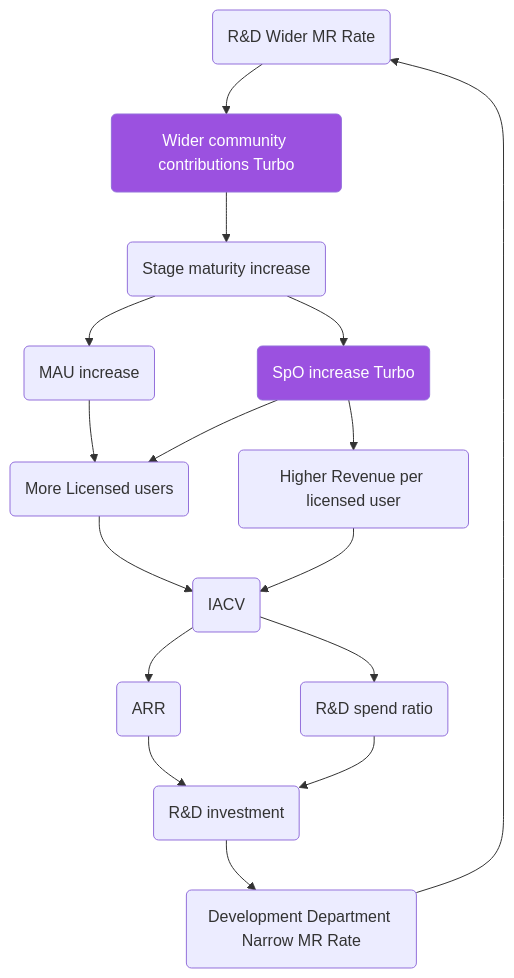
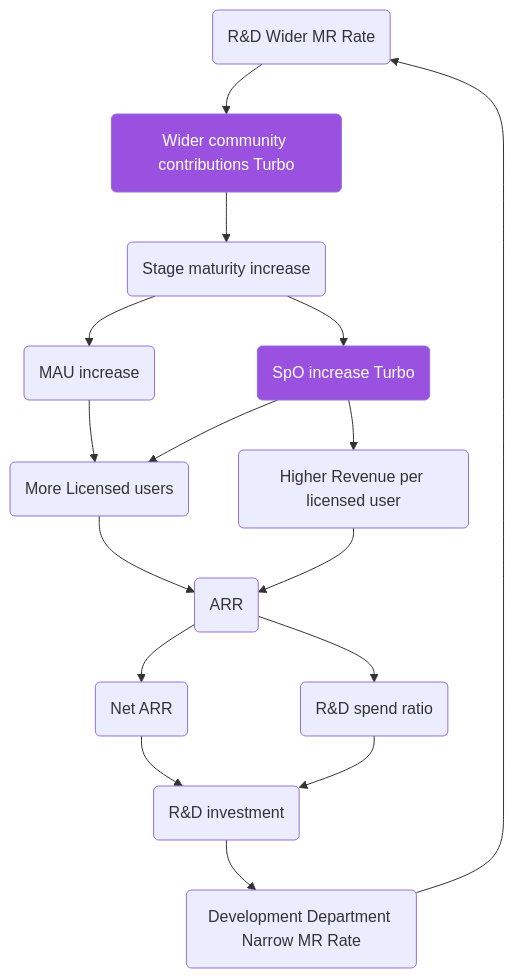
One commit to secretstartups/handbook changed the second of 2 diagrams in strategy/index.html.md. Above: the diagram before and after it, drawn with Mermaid. The commit also changed other lines of this file, not shown here.

Commit message:
Remove IACV from mermaid graph

````diff
--- a/strategy/index.html.md
+++ b/strategy/index.html.md
@@ -142,20 +142,20 @@
 ```mermaid
 graph TB
   id2(R&D Wider MR Rate) --> id1
   id1(Wider community contributions Turbo) --> id3
   style id1 color:#ffffff, fill:#9B51E0
   id3(Stage maturity increase) --> id4
   id3 --> id9
   id4(MAU increase) --> id5
   id5(More Licensed users) --> id6
-  id6(IACV) --> id12
-  id12(ARR) --> id8
+  id6(ARR) --> id12
+  id12(Net ARR) --> id8
   id7(R&D spend ratio) --> id8
   id8(R&D investment) --> id11
   id11(Development Department Narrow MR Rate) --> id2
   id9(SpO increase Turbo)--> id5
   style id9 color:#ffffff, fill:#9B51E0
   id9 --> id10
   id10(Higher Revenue per licensed user) --> id6
   id6 --> id7
 ```
````
